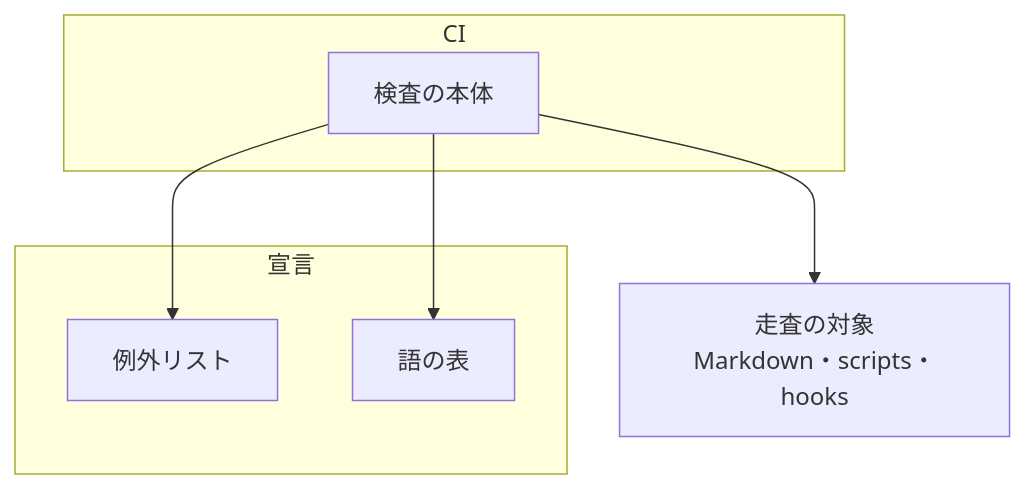
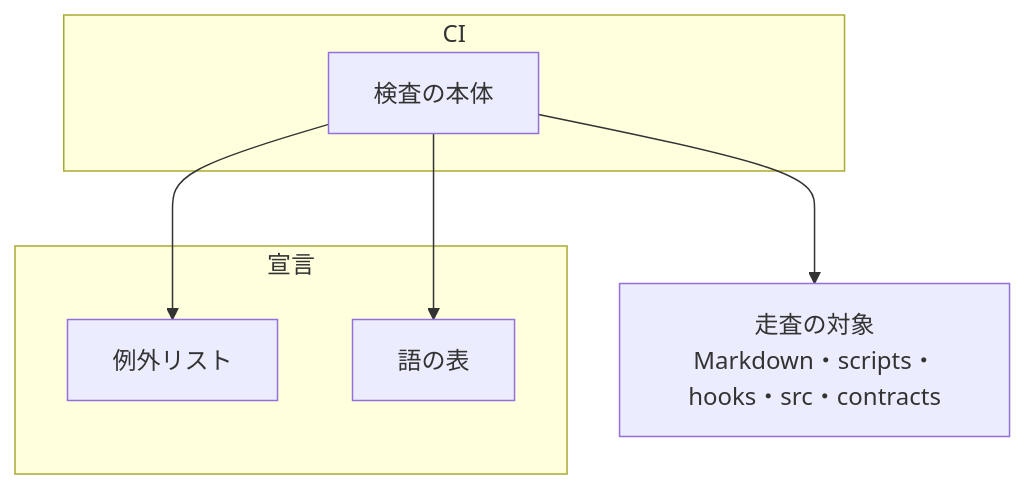
Before and after one commit to devbasex/ai-plugins: the diagram in docs/specifications/ndf-repo-assumptions-check.md, drawn with Mermaid. The commit also changed other lines of this file, not shown here.

````diff
--- a/docs/specifications/ndf-repo-assumptions-check.md
+++ b/docs/specifications/ndf-repo-assumptions-check.md
@@ -29,14 +29,14 @@
 ```mermaid
 graph TD
     subgraph CI
         A[検査の本体]
     end
     subgraph 宣言
         B[例外リスト]
         C[語の表]
     end
-    D[走査の対象<br/>Markdown・scripts・hooks]
+    D[走査の対象<br/>Markdown・scripts・hooks・src・contracts]
     A --> C
     A --> B
     A --> D
 ```
````
